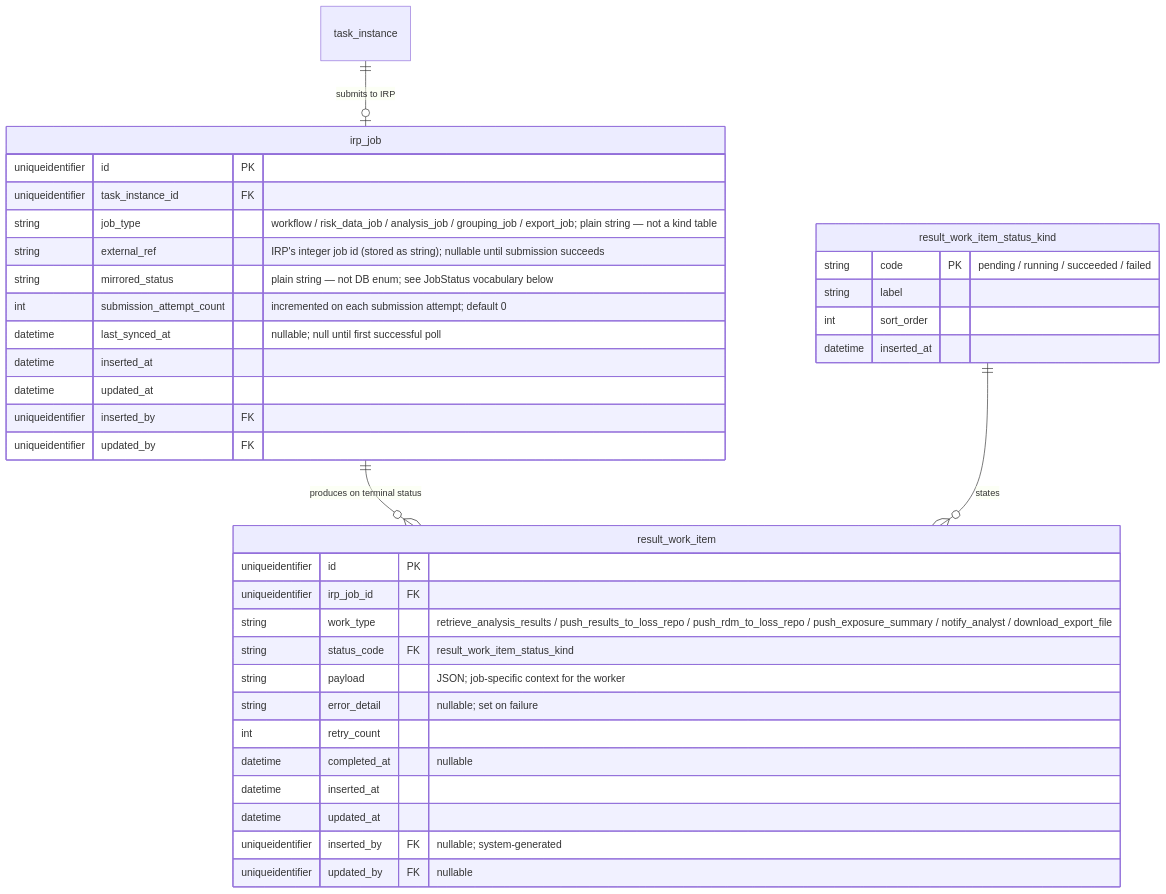
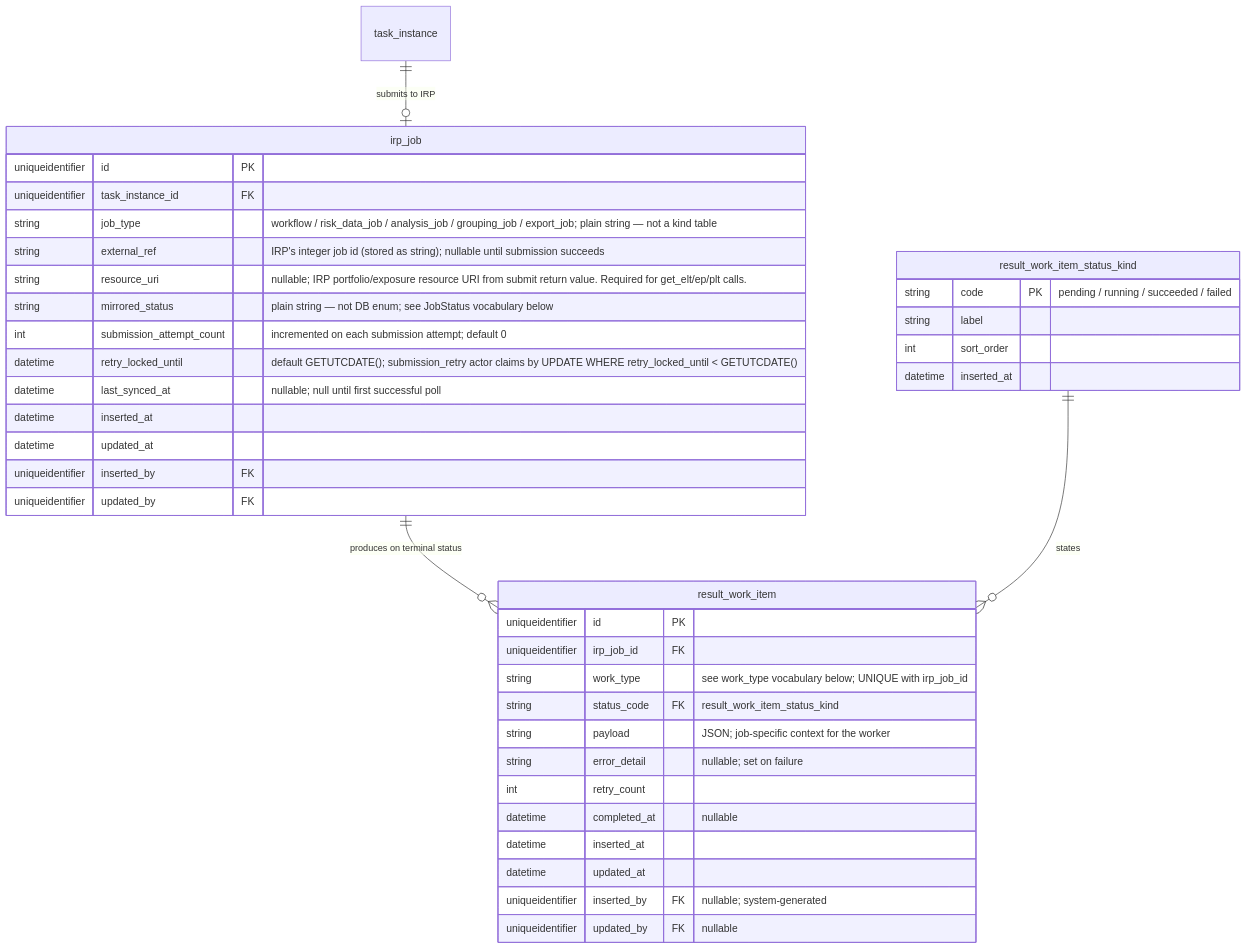
One commit to anilvenugopal/risk-workbench changed the eighth of 11 diagrams in docs/DATA_MODEL.md. Above: the diagram before and after it, drawn with Mermaid. The commit also changed other lines of this file and 1 other file, not shown here.

First line of the commit message:
docs: resolve 23 architect review issues in PRD and DATA_MODEL

````diff
--- a/docs/DATA_MODEL.md
+++ b/docs/DATA_MODEL.md
@@ -642,40 +666,42 @@
 ```mermaid
 erDiagram
   task_instance ||--o| irp_job : "submits to IRP"
   irp_job ||--o{ result_work_item : "produces on terminal status"
   result_work_item_status_kind ||--o{ result_work_item : states
 
   irp_job {
     uniqueidentifier id PK
     uniqueidentifier task_instance_id FK
     string job_type "workflow / risk_data_job / analysis_job / grouping_job / export_job; plain string — not a kind table"
     string external_ref "IRP's integer job id (stored as string); nullable until submission succeeds"
+    string resource_uri "nullable; IRP portfolio/exposure resource URI from submit return value. Required for get_elt/ep/plt calls."
     string mirrored_status "plain string — not DB enum; see JobStatus vocabulary below"
     int submission_attempt_count "incremented on each submission attempt; default 0"
+    datetime retry_locked_until "default GETUTCDATE(); submission_retry actor claims by UPDATE WHERE retry_locked_until < GETUTCDATE()"
     datetime last_synced_at "nullable; null until first successful poll"
     datetime inserted_at
     datetime updated_at
     uniqueidentifier inserted_by FK
     uniqueidentifier updated_by FK
   }
   result_work_item {
     uniqueidentifier id PK
     uniqueidentifier irp_job_id FK
-    string work_type "retrieve_analysis_results / push_results_to_loss_repo / push_rdm_to_loss_repo / push_exposure_summary / notify_analyst / download_export_file"
+    string work_type "see work_type vocabulary below; UNIQUE with irp_job_id"
     string status_code FK "result_work_item_status_kind"
     string payload "JSON; job-specific context for the worker"
     string error_detail "nullable; set on failure"
     int retry_count
     datetime completed_at "nullable"
     datetime inserted_at
     datetime updated_at
     uniqueidentifier inserted_by FK "nullable; system-generated"
     uniqueidentifier updated_by FK "nullable"
   }
   result_work_item_status_kind {
     string code PK "pending / running / succeeded / failed"
     string label
     int sort_order
     datetime inserted_at
   }
 ```
````
